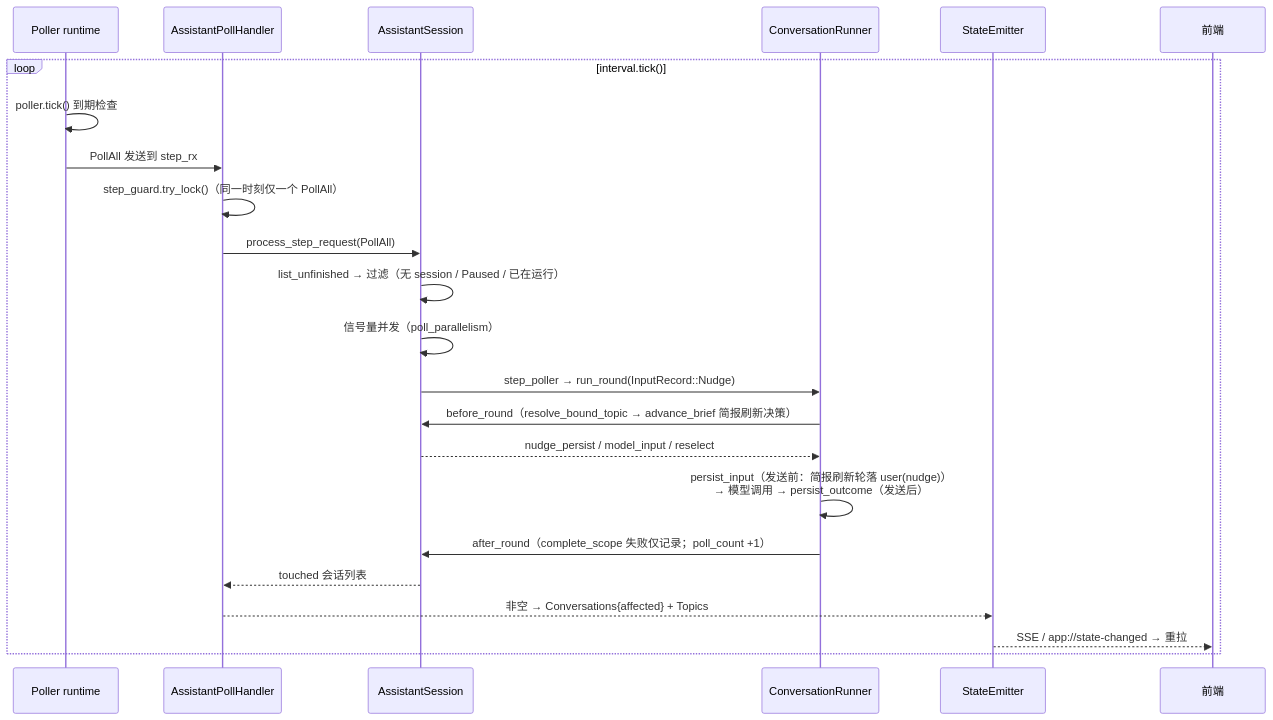
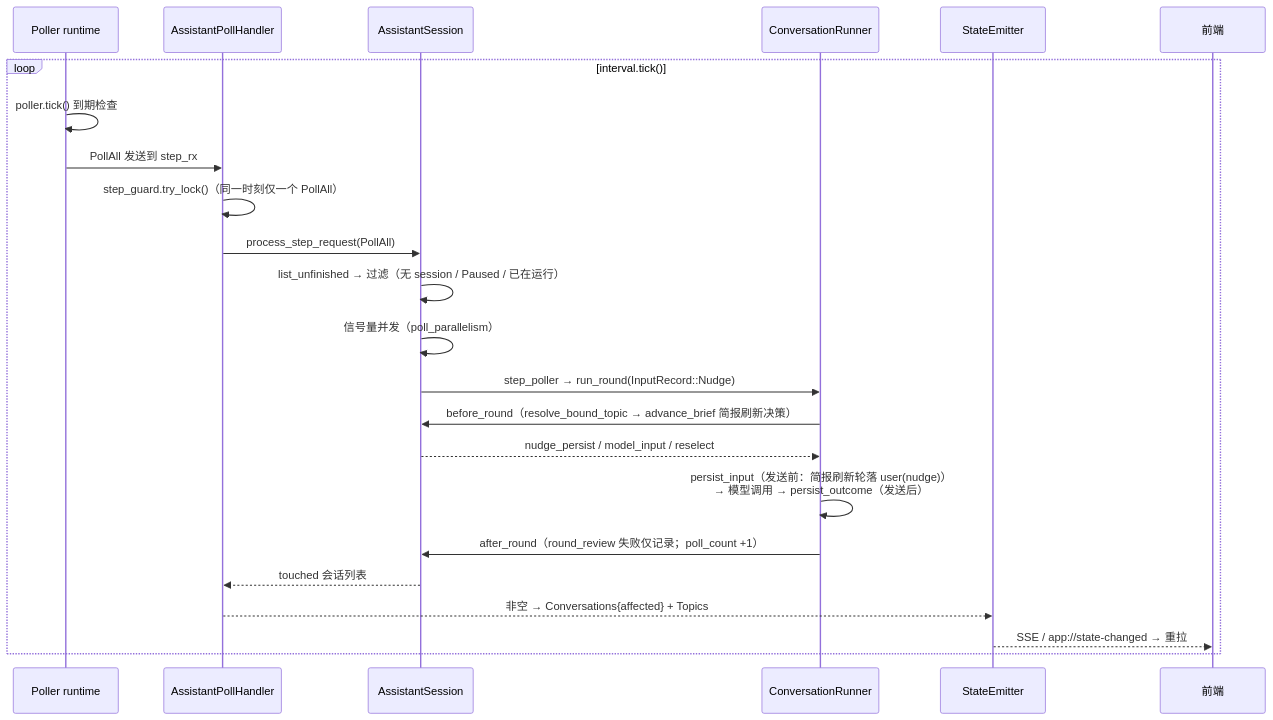
One commit to luoanb/new-start changed the eighth of 8 diagrams in docs/pulsar/session-message-architecture.md. Above: the diagram before and after it, drawn with Mermaid. The commit also changed other lines of this file and 30 other files, not shown here.

````diff
--- a/docs/pulsar/session-message-architecture.md
+++ b/docs/pulsar/session-message-architecture.md
@@ -284,26 +284,26 @@
 ```mermaid
 sequenceDiagram
   participant RT as Poller runtime
   participant PH as AssistantPollHandler
   participant AS as AssistantSession
   participant RUN as ConversationRunner
   participant EV as StateEmitter
   participant UI as 前端
 
   loop interval.tick()
     RT->>RT: poller.tick() 到期检查
     RT->>PH: PollAll 发送到 step_rx
     PH->>PH: step_guard.try_lock()（同一时刻仅一个 PollAll）
     PH->>AS: process_step_request(PollAll)
     AS->>AS: list_unfinished → 过滤（无 session / Paused / 已在运行）
     AS->>AS: 信号量并发（poll_parallelism）
     AS->>RUN: step_poller → run_round(InputRecord::Nudge)
     RUN->>AS: before_round（resolve_bound_topic → advance_brief 简报刷新决策）
     AS-->>RUN: nudge_persist / model_input / reselect
     RUN->>RUN: persist_input（发送前：简报刷新轮落 user(nudge)）<br/>→ 模型调用 → persist_outcome（发送后）
-    RUN->>AS: after_round（complete_scope 失败仅记录；poll_count +1）
+    RUN->>AS: after_round（round_review 失败仅记录；poll_count +1）
     AS-->>PH: touched 会话列表
     PH-->>EV: 非空 → Conversations{affected} + Topics
     EV-->>UI: SSE / app://state-changed → 重拉
   end
 ```
````
